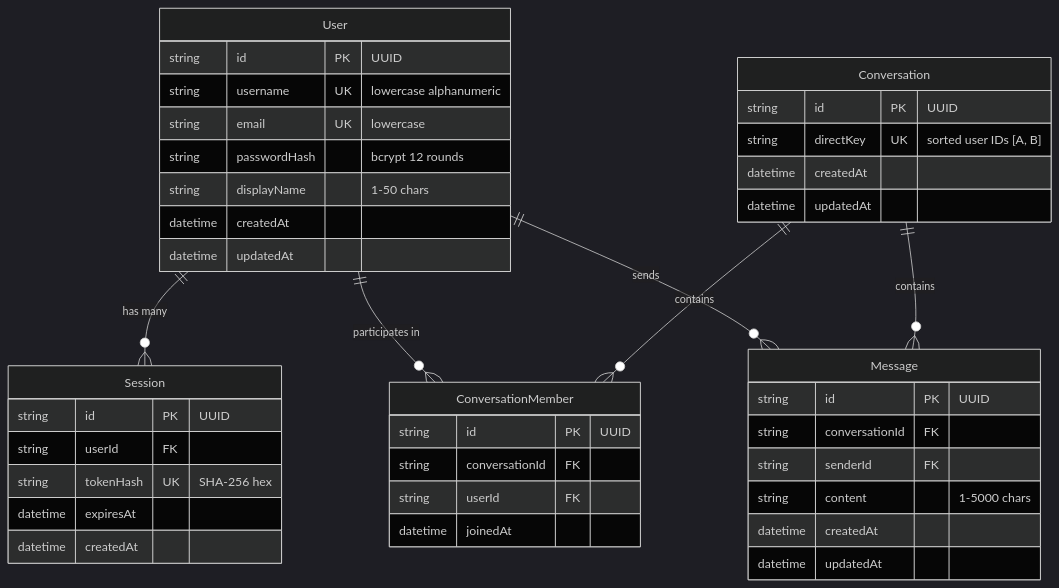
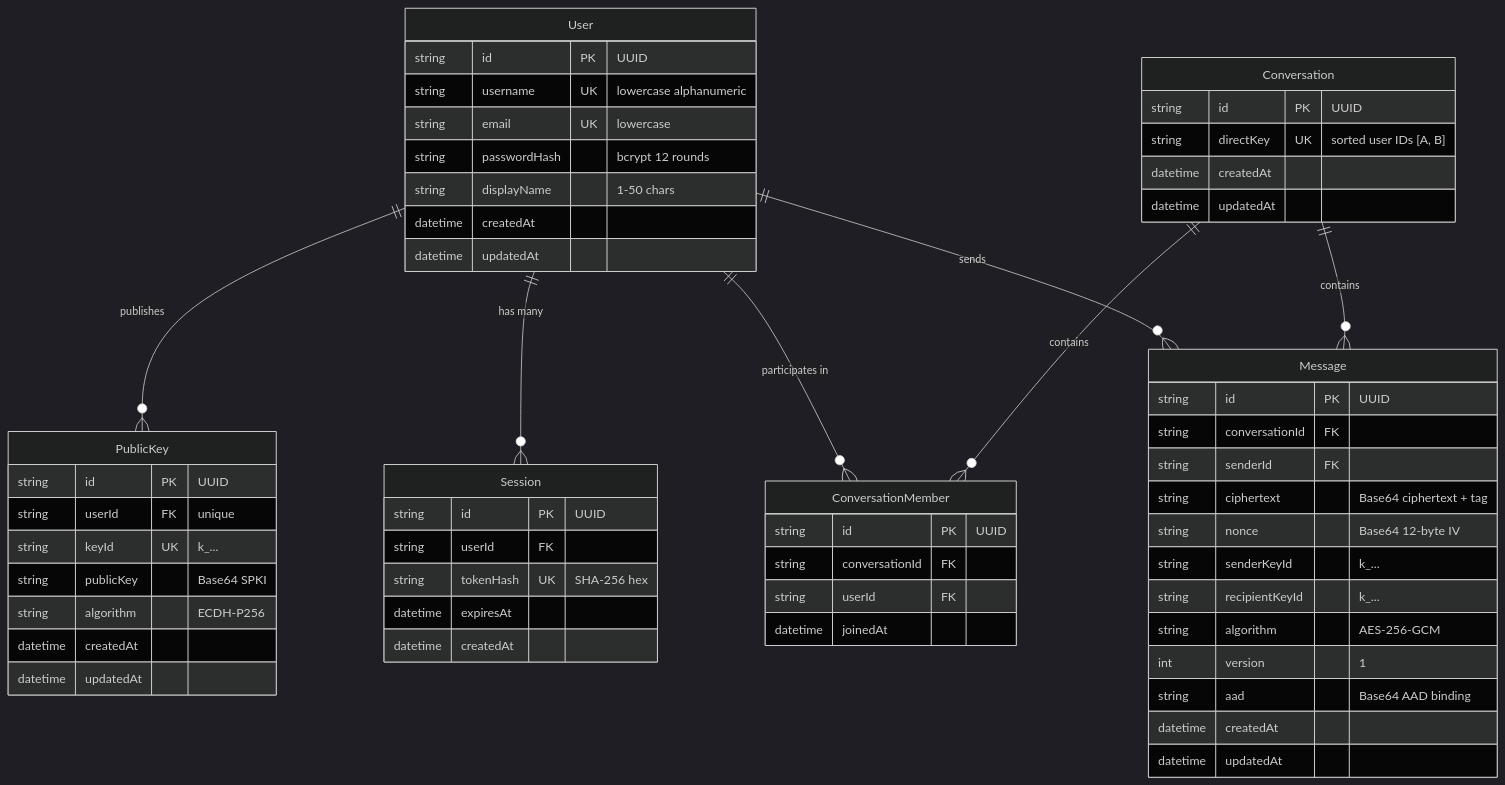
The diagram in ARCHITECTURE.md (vithyakrish1402-web/Vade), drawn with Mermaid (dark theme) before and after one commit. The commit also changed other lines of this file and 1 other file, not shown here.

Commit message:
docs: define e2ee cryptographic design protocol, threat model, and system architecture

````diff
--- a/ARCHITECTURE.md
+++ b/ARCHITECTURE.md
@@ -82,49 +88,66 @@
 ```mermaid
 erDiagram
+    User ||--o{ PublicKey : "publishes"
     User ||--o{ Session : "has many"
     User ||--o{ ConversationMember : "participates in"
     User ||--o{ Message : "sends"
     Conversation ||--o{ ConversationMember : "contains"
     Conversation ||--o{ Message : "contains"
 
     User {
         string id PK "UUID"
         string username UK "lowercase alphanumeric"
         string email UK "lowercase"
         string passwordHash "bcrypt 12 rounds"
         string displayName "1-50 chars"
+        datetime createdAt
+        datetime updatedAt
+    }
+
+    PublicKey {
+        string id PK "UUID"
+        string userId FK "unique"
+        string keyId UK "k_..."
+        string publicKey "Base64 SPKI"
+        string algorithm "ECDH-P256"
         datetime createdAt
         datetime updatedAt
     }
 
     Session {
         string id PK "UUID"
         string userId FK
         string tokenHash UK "SHA-256 hex"
         datetime expiresAt
         datetime createdAt
     }
 
     Conversation {
         string id PK "UUID"
         string directKey UK "sorted user IDs [A, B]"
         datetime createdAt
         datetime updatedAt
     }
 
     ConversationMember {
         string id PK "UUID"
         string conversationId FK
         string userId FK
         datetime joinedAt
     }
 
     Message {
         string id PK "UUID"
         string conversationId FK
         string senderId FK
-        string content "1-5000 chars"
+        string ciphertext "Base64 ciphertext + tag"
+        string nonce "Base64 12-byte IV"
+        string senderKeyId "k_..."
+        string recipientKeyId "k_..."
+        string algorithm "AES-256-GCM"
+        int version "1"
+        string aad "Base64 AAD binding"
         datetime createdAt
         datetime updatedAt
     }
 ```
````
